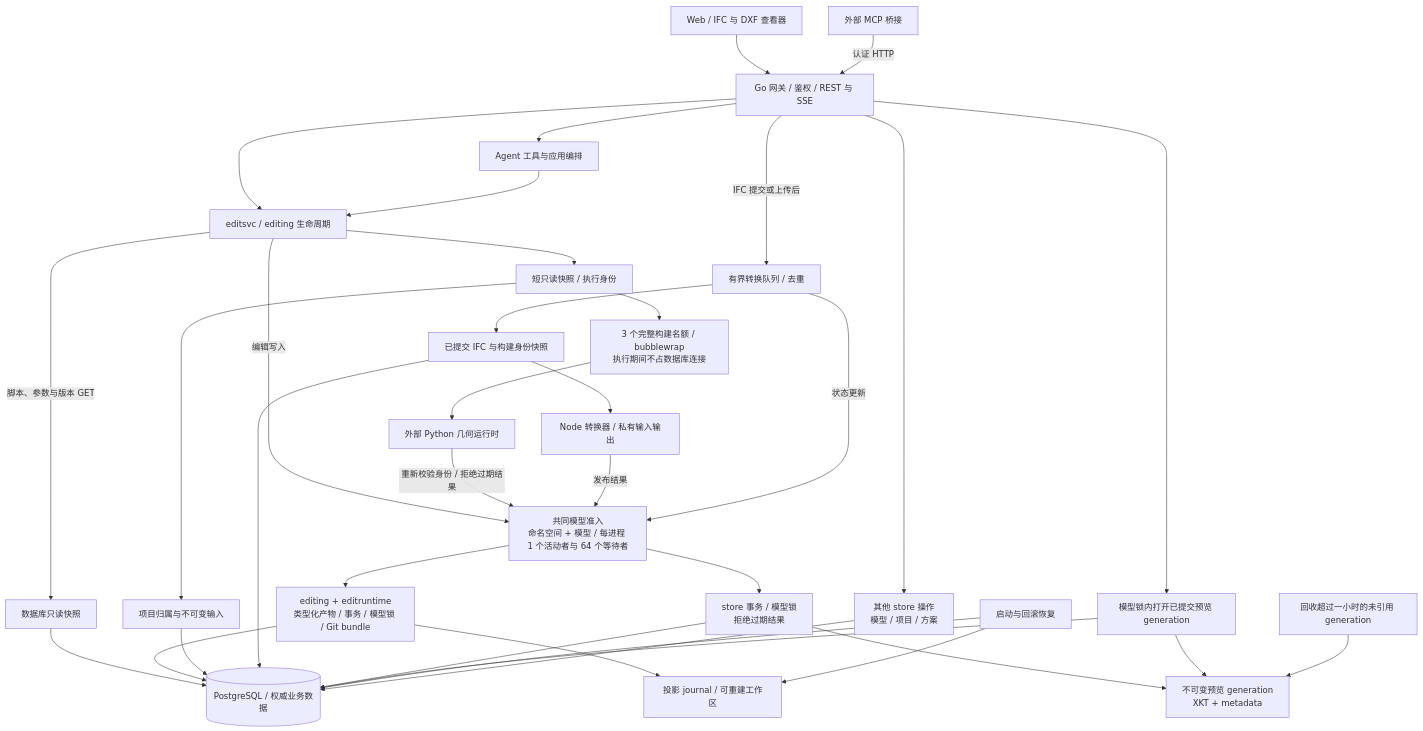
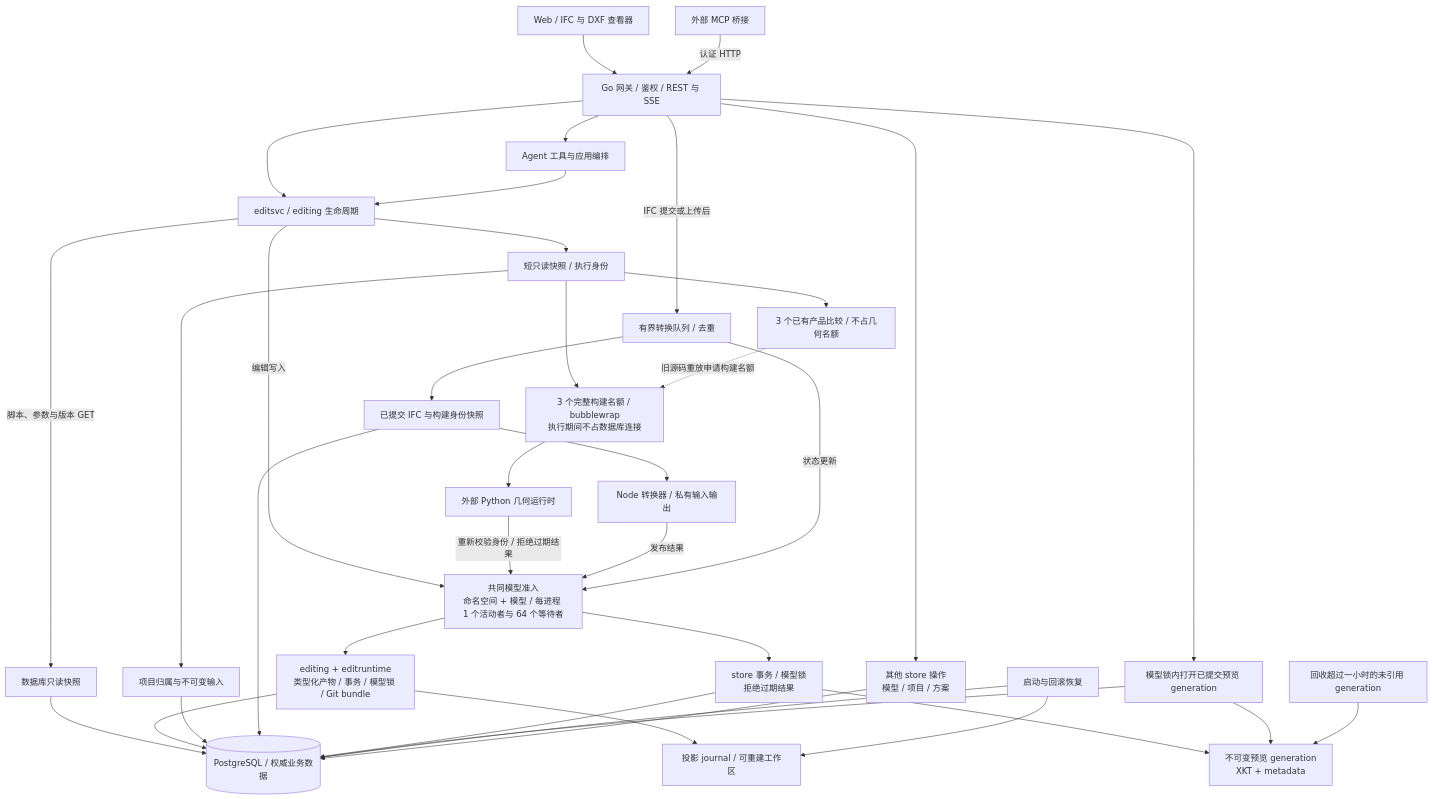
Before and after one commit to 0702hjj/SourceAEC: the first of 2 diagrams in README.zh-CN.md, drawn with Mermaid. The commit also changed other lines of this file and 4 other files, not shown here.

````diff
--- a/README.zh-CN.md
+++ b/README.zh-CN.md
@@ -16,37 +16,39 @@
 ```mermaid
 flowchart TB
     WEB[Web / IFC 与 DXF 查看器] --> API[Go 网关 / 鉴权 / REST 与 SSE]
     MCP[外部 MCP 桥接] -->|认证 HTTP| API
     API --> AGENT[Agent 工具与应用编排]
     API --> EDIT[editsvc / editing 生命周期]
     AGENT --> EDIT
     EDIT -->|脚本、参数与版本 GET| READ[数据库只读快照]
     READ --> PG[(PostgreSQL / 权威业务数据)]
     EDIT -->|编辑写入| GATE[共同模型准入<br/>命名空间 + 模型 / 每进程 1 个活动者与 64 个等待者]
     GATE --> WRITE[editing + editruntime<br/>类型化产物 / 事务 / 模型锁 / Git bundle]
     WRITE --> PG
     EDIT --> PREP[短只读快照 / 执行身份]
     PREP --> INPUT[项目归属与不可变输入]
     INPUT --> PG
     PREP --> SANDBOX[3 个完整构建名额 / bubblewrap<br/>执行期间不占数据库连接]
+    PREP --> COMPARE[3 个已有产品比较 / 不占几何名额]
+    COMPARE -.->|旧源码重放申请构建名额| SANDBOX
     SANDBOX --> PY[外部 Python 几何运行时]
     PY -->|重新校验身份 / 拒绝过期结果| GATE
     WRITE --> JOURNAL[投影 journal / 可重建工作区]
     API -->|IFC 提交或上传后| QUEUE[有界转换队列 / 去重]
     QUEUE --> SOURCE[已提交 IFC 与构建身份快照]
     SOURCE --> PG
     SOURCE --> NODE[Node 转换器 / 私有输入输出]
     NODE -->|发布结果| GATE
     QUEUE -->|状态更新| GATE
     GATE --> DERIVED[store 事务 / 模型锁<br/>拒绝过期结果]
     DERIVED --> PG
     DERIVED --> CACHE[不可变预览 generation<br/>XKT + metadata]
     API --> VIEW[模型锁内打开已提交预览 generation]
     VIEW --> PG
     VIEW --> CACHE
     GC[回收超过一小时的未引用 generation] --> CACHE
     RECOVER[启动与回滚恢复] --> PG
     RECOVER --> JOURNAL
     API --> OTHER[其他 store 操作<br/>模型 / 项目 / 方案]
     OTHER --> PG
 ```
````
